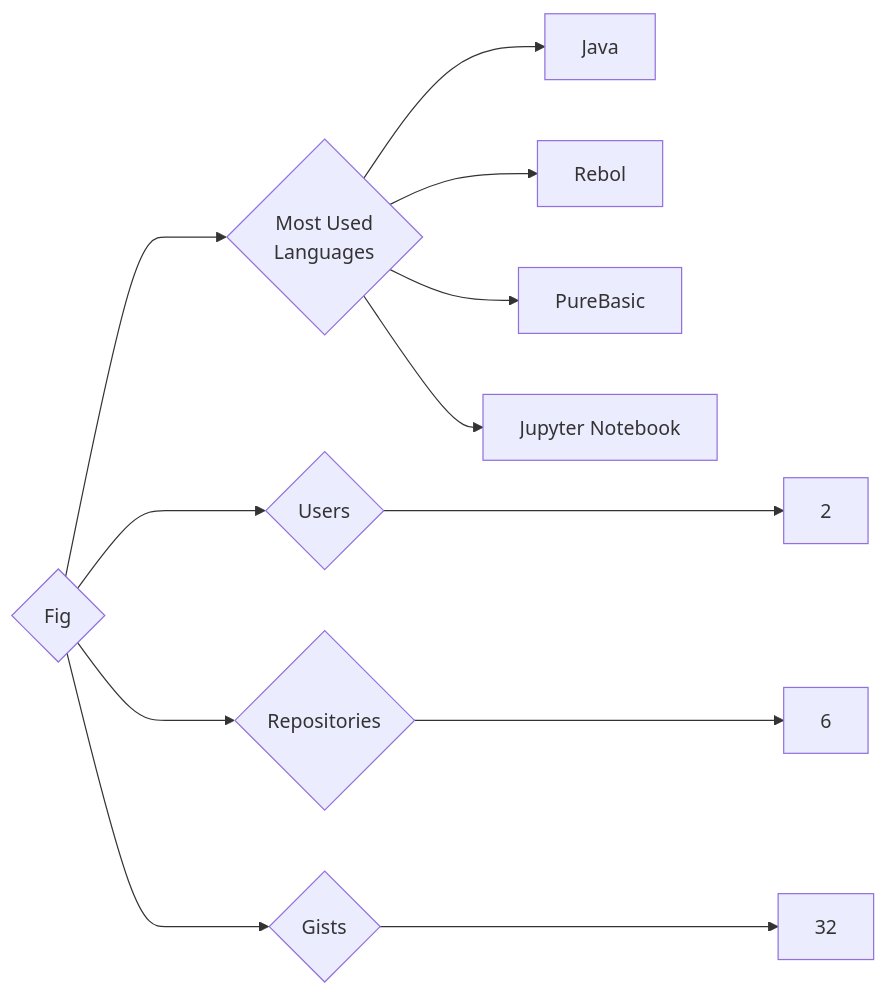
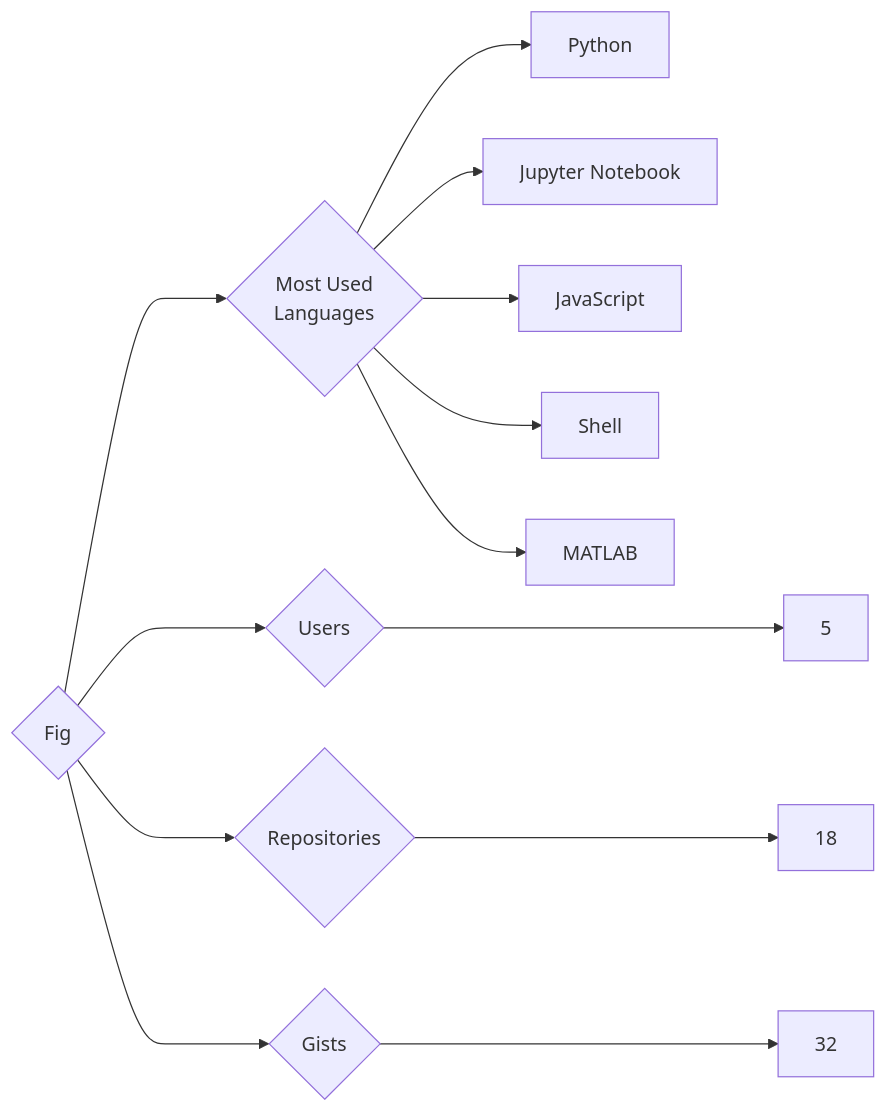
One commit to trickest/insiders changed the diagram in targets/Fig/README.md. Above: the diagram before and after it, drawn with Mermaid. The commit also changed 1149 other files, not shown here.

````diff
--- a/targets/Fig/README.md
+++ b/targets/Fig/README.md
@@ -3,12 +3,13 @@
 ```mermaid
 graph LR
 COMPANY_NAME{Fig}
-COMPANY_NAME ---> U{Users} ---> UN[2]
-COMPANY_NAME ---> R{Repositories} ---> RN[6]
+COMPANY_NAME ---> U{Users} ---> UN[5]
+COMPANY_NAME ---> R{Repositories} ---> RN[18]
 COMPANY_NAME ---> G{Gists} ---> GN[32]
 COMPANY_NAME ---> ML{Most Used<br>Languages}
-ML --> Java[Java]
-ML --> Rebol[Rebol]
-ML --> PureBasic[PureBasic]
+ML --> Python[Python]
 ML --> Jupyter_Notebook[Jupyter Notebook]
+ML --> JavaScript[JavaScript]
+ML --> Shell[Shell]
+ML --> MATLAB[MATLAB]
 ```
````
